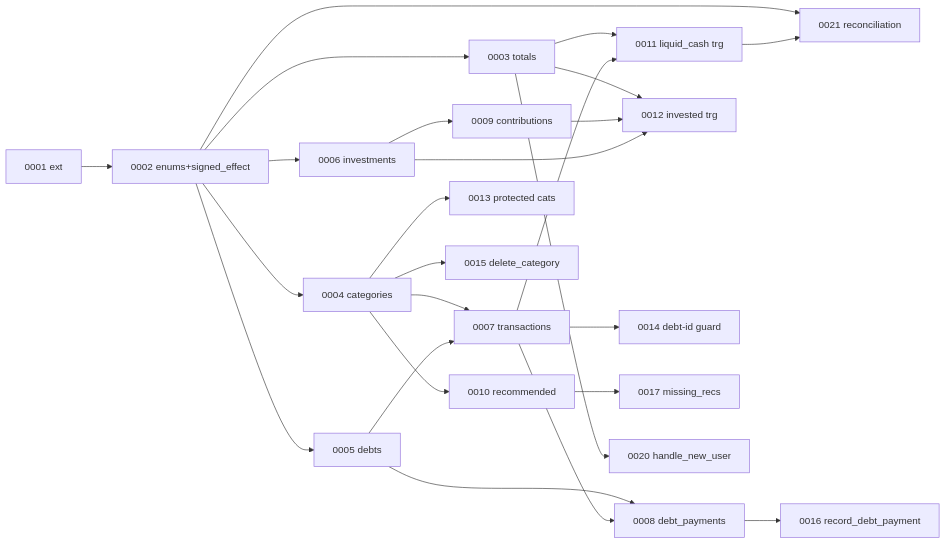
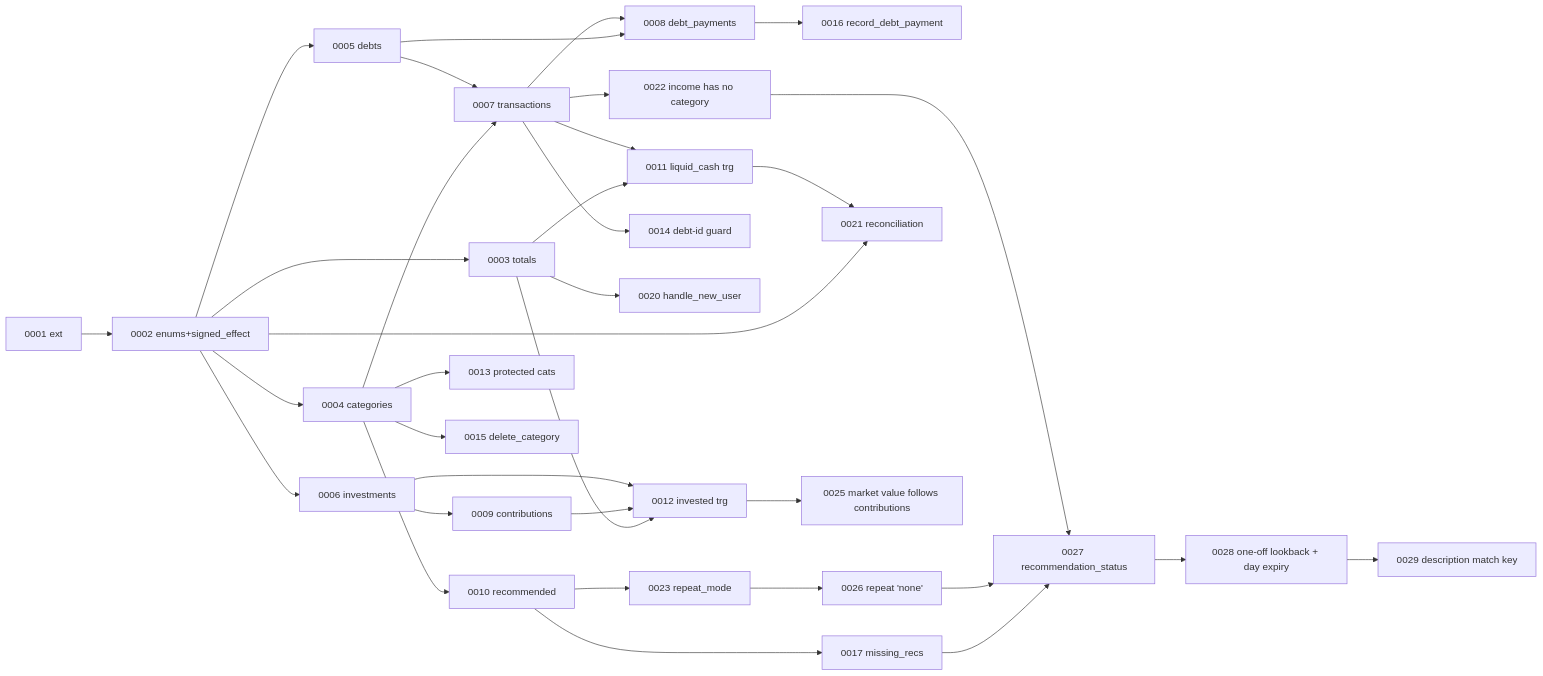
Before and after one commit to adrianmoac/budget: the diagram in docs/IMPLEMENTATION_SPEC.md, drawn with Mermaid. The commit also changed other lines of this file and 21 other files, not shown here.

````diff
--- a/docs/IMPLEMENTATION_SPEC.md
+++ b/docs/IMPLEMENTATION_SPEC.md
@@ -256,27 +286,36 @@
 ```mermaid
 flowchart LR
     E[0001 ext] --> H[0002 enums+signed_effect]
     H --> T[0003 totals]
     H --> C[0004 categories]
     H --> D[0005 debts]
     H --> I[0006 investments]
     C --> TX[0007 transactions]
     D --> TX
     T --> LC[0011 liquid_cash trg]
     TX --> LC
     D --> DP[0008 debt_payments]
     TX --> DP
     I --> IC[0009 contributions]
     C --> RI[0010 recommended]
     T --> TI[0012 invested trg]
     IC --> TI
     I --> TI
     C --> G1[0013 protected cats]
     TX --> G2[0014 debt-id guard]
     C --> DC[0015 delete_category]
     DP --> RDP[0016 record_debt_payment]
     RI --> MR[0017 missing_recs]
     T --> SEED[0020 handle_new_user]
     H --> REC[0021 reconciliation]
     LC --> REC
+    TX --> ICAT[0022 income has no category]
+    RI --> RPT[0023 repeat_mode]
+    TI --> MV[0025 market value follows contributions]
+    RPT --> NONE[0026 repeat 'none']
+    MR --> RS[0027 recommendation_status]
+    NONE --> RS
+    ICAT --> RS
+    RS --> RS2[0028 one-off lookback + day expiry]
+    RS2 --> DESC[0029 description match key]
 ```
````
